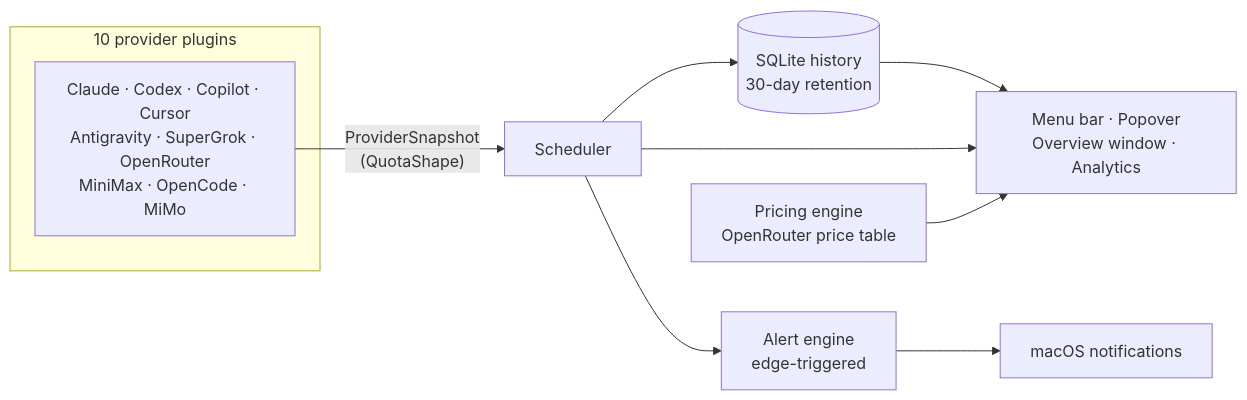
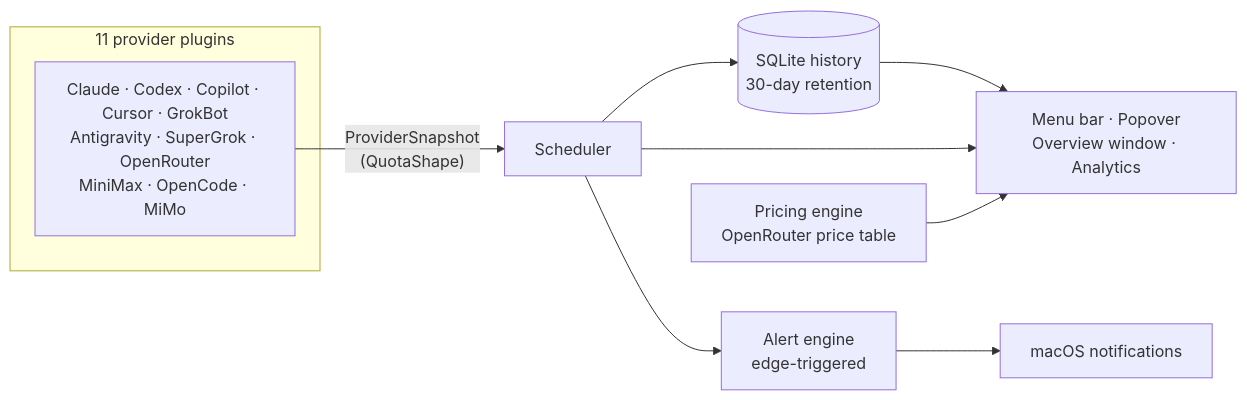
Before and after one commit to OkamiOps/OkTally: the diagram in README.md, drawn with Mermaid. The commit also changed other lines of this file and 6 other files, not shown here.

````diff
--- a/README.md
+++ b/README.md
@@ -110,13 +111,13 @@
 ```mermaid
 flowchart LR
-    subgraph Providers["10 provider plugins"]
-        P1["Claude · Codex · Copilot · Cursor<br/>Antigravity · SuperGrok · OpenRouter<br/>MiniMax · OpenCode · MiMo"]
+    subgraph Providers["11 provider plugins"]
+        P1["Claude · Codex · Copilot · Cursor · GrokBot<br/>Antigravity · SuperGrok · OpenRouter<br/>MiniMax · OpenCode · MiMo"]
     end
     P1 -->|"ProviderSnapshot<br/>(QuotaShape)"| S[Scheduler]
     S --> DB[(SQLite history<br/>30-day retention)]
     S --> AE[Alert engine<br/>edge-triggered]
     AE --> N[macOS notifications]
     DB --> UI["Menu bar · Popover<br/>Overview window · Analytics"]
     S --> UI
     PE[Pricing engine<br/>OpenRouter price table] --> UI
 ```
````
